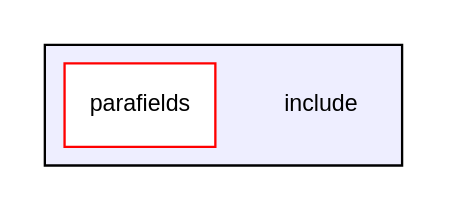
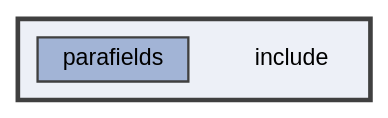
One commit to parafields/parafields-core changed the diagram in dir_d44c64559bbebec7f509842c48db8b23_dep.dot. Above: the diagram before and after it, drawn with Graphviz. The commit also changed 509 other files, not shown here.

```diff
--- a/dir_d44c64559bbebec7f509842c48db8b23_dep.dot
+++ b/dir_d44c64559bbebec7f509842c48db8b23_dep.dot
@@ -1,10 +1,13 @@
-digraph "include" {
+digraph "include"
+{
+ // LATEX_PDF_SIZE
+  bgcolor="transparent";
+  edge [fontname=Helvetica,fontsize=10,labelfontname=Helvetica,labelfontsize=10];
+  node [fontname=Helvetica,fontsize=10,shape=box,height=0.2,width=0.4];
   compound=true
-  node [ fontsize="10", fontname="Helvetica"];
-  edge [ labelfontsize="10", labelfontname="Helvetica"];
   subgraph clusterdir_d44c64559bbebec7f509842c48db8b23 {
-    graph [ bgcolor="#eeeeff", pencolor="black", label="" URL="dir_d44c64559bbebec7f509842c48db8b23.html"];
-    dir_d44c64559bbebec7f509842c48db8b23 [shape=plaintext label="include"];
-  dir_f1cf9fff43a340b5fb1246d6efff32e0 [shape=box label="parafields" fillcolor="white" style="filled" color="red" URL="dir_f1cf9fff43a340b5fb1246d6efff32e0.html"];
+    graph [ bgcolor="#edf0f7", pencolor="grey25", label="", fontname=Helvetica,fontsize=10 style="filled,bold", URL="dir_d44c64559bbebec7f509842c48db8b23.html",tooltip=""]
+    dir_d44c64559bbebec7f509842c48db8b23 [shape=plaintext, label="include"];
+  dir_f1cf9fff43a340b5fb1246d6efff32e0 [label="parafields", fillcolor="#a2b4d6", color="grey25", style="filled", URL="dir_f1cf9fff43a340b5fb1246d6efff32e0.html",tooltip=""];
   }
 }
```
